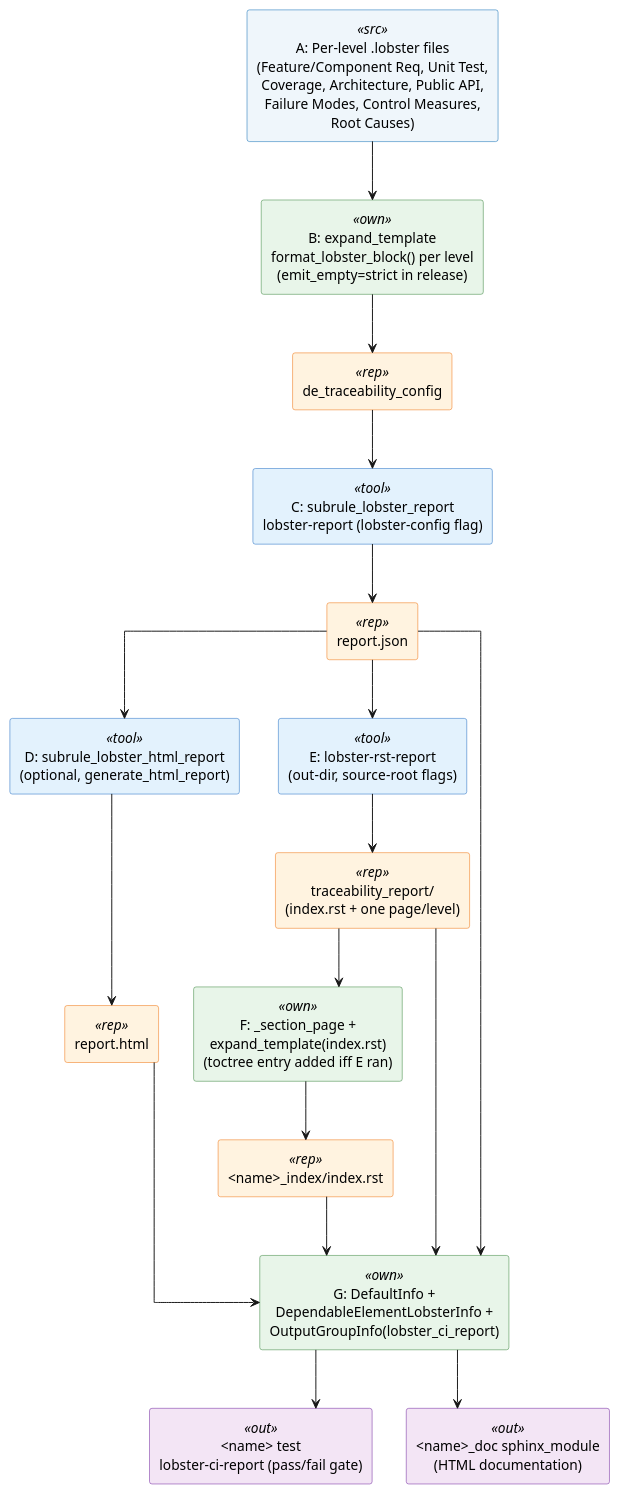
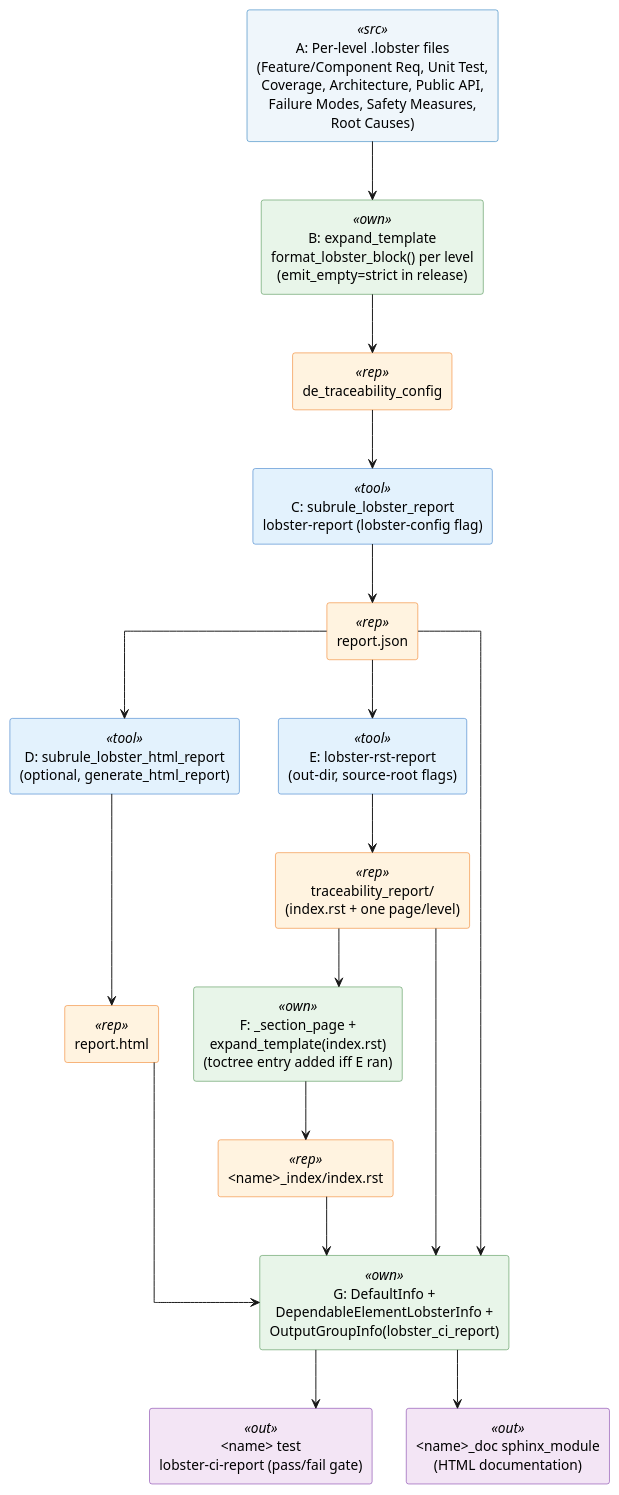
Before and after one commit to eclipse-score/tooling: the diagram in bazel/rules/rules_score/docs/_assets/lobster_report_assembly.puml, drawn with PlantUML. The commit also changed 65 other files, not shown here.

```diff
--- a/bazel/rules/rules_score/docs/_assets/lobster_report_assembly.puml
+++ b/bazel/rules/rules_score/docs/_assets/lobster_report_assembly.puml
@@ -14,62 +14,62 @@
 @startuml lobster_report_assembly
 
 ' How the dependable_element _index rule assembles the lobster traceability
 ' report and splices it into the Sphinx documentation tree (stages A-G).
 
 skinparam linetype ortho
 skinparam ArrowFontSize 10
 skinparam defaultTextAlignment center
 
 skinparam rectangle {
     BackgroundColor<<src>> #EFF6FB
     BorderColor<<src>> #0066B1
     BackgroundColor<<tool>> #E3F2FD
     BorderColor<<tool>> #1565C0
     BackgroundColor<<own>> #E8F5E9
     BorderColor<<own>> #2E7D32
     BackgroundColor<<rep>> #FFF3E0
     BorderColor<<rep>> #EF6C00
     BackgroundColor<<out>> #F3E5F5
     BorderColor<<out>> #6A1B9A
 }
 
-rectangle "A: Per-level .lobster files\n(Feature/Component Req, Unit Test,\nCoverage, Architecture, Public API,\nFailure Modes, Control Measures,\nRoot Causes)" <<src>> as A
+rectangle "A: Per-level .lobster files\n(Feature/Component Req, Unit Test,\nCoverage, Architecture, Public API,\nFailure Modes, Safety Measures,\nRoot Causes)" <<src>> as A
 
 rectangle "B: expand_template\nformat_lobster_block() per level\n(emit_empty=strict in release)" <<own>> as B
 rectangle "de_traceability_config" <<rep>> as conf
 
 rectangle "C: subrule_lobster_report\nlobster-report (lobster-config flag)" <<tool>> as C
 rectangle "report.json" <<rep>> as report
 
 rectangle "D: subrule_lobster_html_report\n(optional, generate_html_report)" <<tool>> as D
 rectangle "report.html" <<rep>> as html
 
 rectangle "E: lobster-rst-report\n(out-dir, source-root flags)" <<tool>> as E
 rectangle "traceability_report/\n(index.rst + one page/level)" <<rep>> as rst
 
 rectangle "F: _section_page +\nexpand_template(index.rst)\n(toctree entry added iff E ran)" <<own>> as F
 rectangle "<name>_index/index.rst" <<rep>> as index
 
 rectangle "G: DefaultInfo +\nDependableElementLobsterInfo +\nOutputGroupInfo(lobster_ci_report)" <<own>> as G
 
 rectangle "<name> test\nlobster-ci-report (pass/fail gate)" <<out>> as gate
 rectangle "<name>_doc sphinx_module\n(HTML documentation)" <<out>> as docs
 
 A --> B
 B --> conf
 conf --> C
 C --> report
 report --> D
 D --> html
 report --> E
 E --> rst
 rst --> F
 F --> index
 report --> G
 html --> G
 rst --> G
 index --> G
 G --> gate
 G --> docs
 
 @enduml
```
